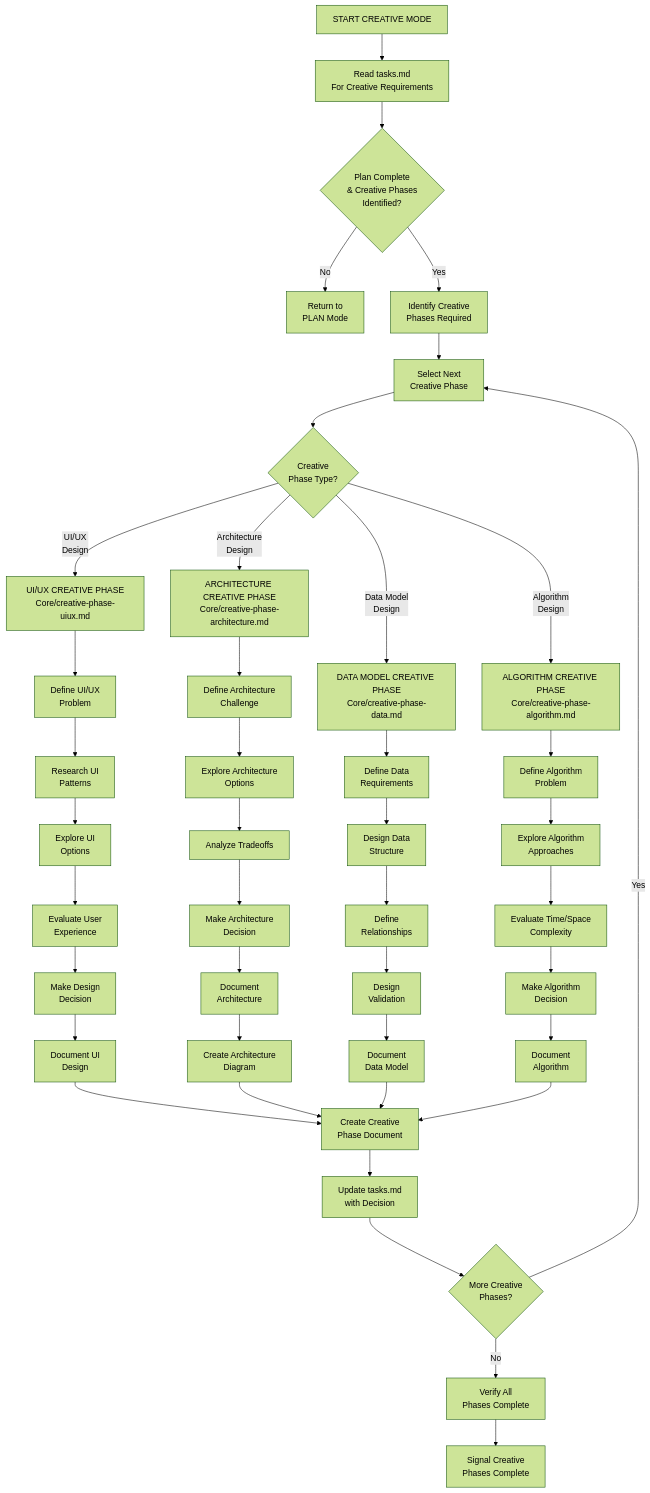
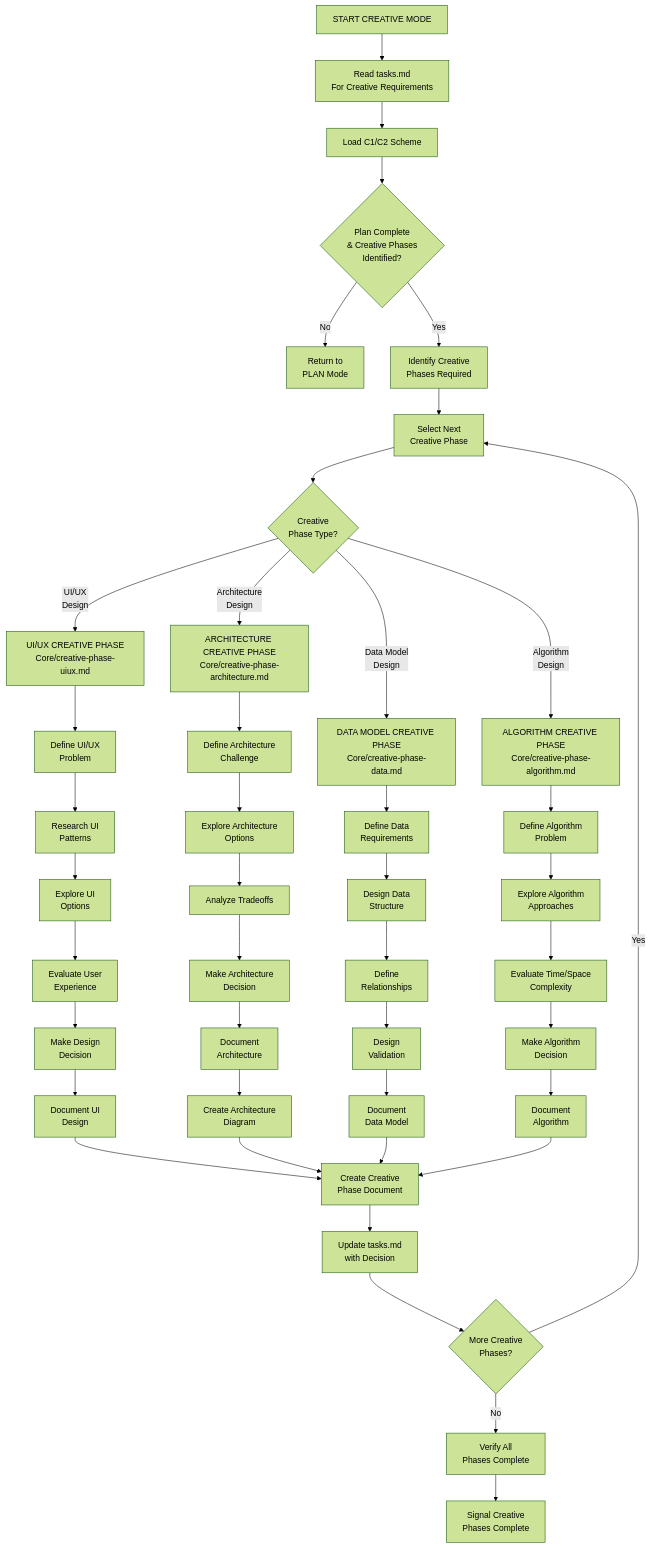
The first of 4 diagrams in .github/instructions/rules/isolation_rules/visual-maps/creative-mode-map.md (DennisGrammes/arc42-memory-bank), drawn with Mermaid (forest theme) before and after one commit. The commit also changed 10 other files, not shown here.

````diff
--- a/.github/instructions/rules/isolation_rules/visual-maps/creative-mode-map.md
+++ b/.github/instructions/rules/isolation_rules/visual-maps/creative-mode-map.md
@@ -13,57 +13,58 @@
 ```mermaid
 graph TD
     Start["START CREATIVE MODE"] --> ReadTasks["Read tasks.md<br>For Creative Requirements"]
-    
+    ReadTasks --> LoadScheme["Load C1/C2 Scheme"]
+
     %% Initial Assessment
-    ReadTasks --> VerifyPlan{"Plan Complete<br>& Creative Phases<br>Identified?"}
+    LoadScheme --> VerifyPlan{"Plan Complete<br>& Creative Phases<br>Identified?"}
     VerifyPlan -->|"No"| ReturnPlan["Return to<br>PLAN Mode"]
     VerifyPlan -->|"Yes"| IdentifyPhases["Identify Creative<br>Phases Required"]
     
     %% Creative Phase Selection
     IdentifyPhases --> SelectPhase["Select Next<br>Creative Phase"]
     SelectPhase --> PhaseType{"Creative<br>Phase Type?"}
     
     %% Creative Phase Types
     PhaseType -->|"UI/UX<br>Design"| UIPhase["UI/UX CREATIVE PHASE<br>Core/creative-phase-uiux.md"]
     PhaseType -->|"Architecture<br>Design"| ArchPhase["ARCHITECTURE CREATIVE PHASE<br>Core/creative-phase-architecture.md"]
     PhaseType -->|"Data Model<br>Design"| DataPhase["DATA MODEL CREATIVE PHASE<br>Core/creative-phase-data.md"]
     PhaseType -->|"Algorithm<br>Design"| AlgoPhase["ALGORITHM CREATIVE PHASE<br>Core/creative-phase-algorithm.md"]
     
     %% UI/UX Creative Phase
     UIPhase --> UI_Problem["Define UI/UX<br>Problem"]
     UI_Problem --> UI_Research["Research UI<br>Patterns"]
     UI_Research --> UI_Options["Explore UI<br>Options"]
     UI_Options --> UI_Evaluate["Evaluate User<br>Experience"]
     UI_Evaluate --> UI_Decision["Make Design<br>Decision"]
     UI_Decision --> UI_Document["Document UI<br>Design"]
     
     %% Architecture Creative Phase
     ArchPhase --> Arch_Problem["Define Architecture<br>Challenge"]
     Arch_Problem --> Arch_Options["Explore Architecture<br>Options"]
     Arch_Options --> Arch_Analyze["Analyze Tradeoffs"]
     Arch_Analyze --> Arch_Decision["Make Architecture<br>Decision"]
     Arch_Decision --> Arch_Document["Document<br>Architecture"]
     Arch_Document --> Arch_Diagram["Create Architecture<br>Diagram"]
     
     %% Data Model Creative Phase
     DataPhase --> Data_Requirements["Define Data<br>Requirements"]
     Data_Requirements --> Data_Structure["Design Data<br>Structure"]
     Data_Structure --> Data_Relations["Define<br>Relationships"]
     Data_Relations --> Data_Validation["Design<br>Validation"]
     Data_Validation --> Data_Document["Document<br>Data Model"]
     
     %% Algorithm Creative Phase
     AlgoPhase --> Algo_Problem["Define Algorithm<br>Problem"]
     Algo_Problem --> Algo_Options["Explore Algorithm<br>Approaches"]
     Algo_Options --> Algo_Evaluate["Evaluate Time/Space<br>Complexity"]
     Algo_Evaluate --> Algo_Decision["Make Algorithm<br>Decision"]
     Algo_Decision --> Algo_Document["Document<br>Algorithm"]
     
     %% Documentation & Completion
     UI_Document & Arch_Diagram & Data_Document & Algo_Document --> CreateDoc["Create Creative<br>Phase Document"]
     CreateDoc --> UpdateTasks["Update tasks.md<br>with Decision"]
     UpdateTasks --> MorePhases{"More Creative<br>Phases?"}
     MorePhases -->|"Yes"| SelectPhase
     MorePhases -->|"No"| VerifyComplete["Verify All<br>Phases Complete"]
     VerifyComplete --> NotifyComplete["Signal Creative<br>Phases Complete"]
 ```
````
